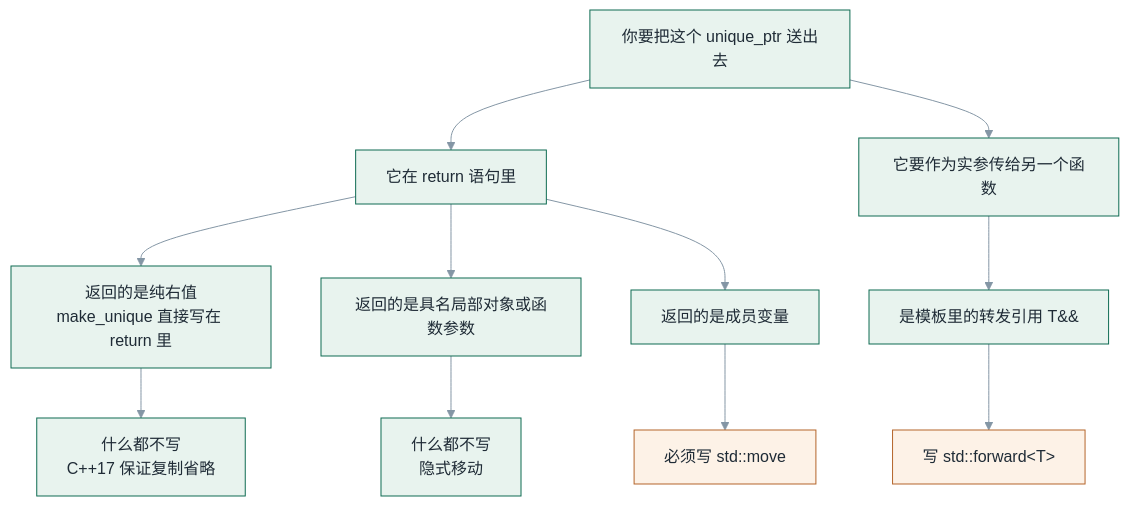
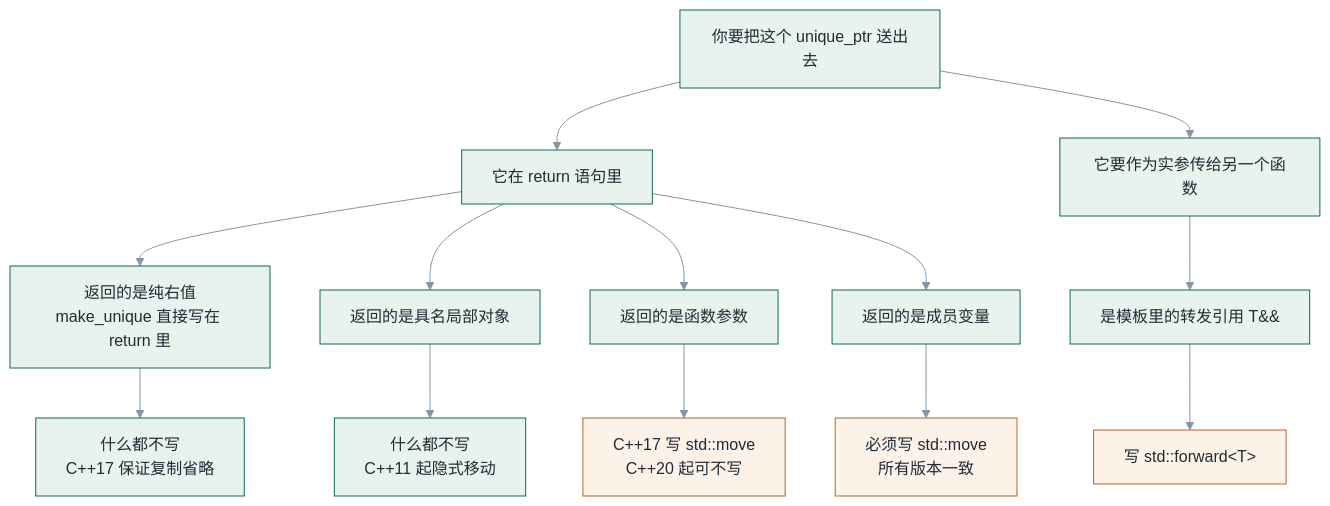
The second of 4 diagrams in factory-pattern/posts/04-C++17之后，工厂模式发生了哪些变化.md (guang-lee-cn/design-pattern), drawn with Mermaid before and after one commit. The commit also changed other lines of this file and 1 other file, not shown here.

````diff
--- a/factory-pattern/posts/04-C++17之后，工厂模式发生了哪些变化.md
+++ b/factory-pattern/posts/04-C++17之后，工厂模式发生了哪些变化.md
@@ -202,18 +229,21 @@
 ```mermaid
 %%{init: {'theme':'base','themeVariables':{'primaryColor':'#e8f3ee','primaryTextColor':'#1f2b36','primaryBorderColor':'#0e6b52','lineColor':'#8496a5','secondaryColor':'#fdf2e7','tertiaryColor':'#f4f6f8','fontFamily':'Microsoft YaHei'}}}%%
 flowchart TD
     Q["你要把这个 unique_ptr 送出去"] --> A["它在 return 语句里"]
     Q --> B["它要作为实参传给另一个函数"]
     A --> A1["返回的是纯右值<br/>make_unique 直接写在 return 里"]
-    A --> A2["返回的是具名局部对象或函数参数"]
+    A --> A2["返回的是具名局部对象"]
+    A --> A4["返回的是函数参数"]
     A --> A3["返回的是成员变量"]
     A1 --> R1["什么都不写<br/>C++17 保证复制省略"]
-    A2 --> R2["什么都不写<br/>隐式移动"]
-    A3 --> R3["必须写 std::move"]
+    A2 --> R2["什么都不写<br/>C++11 起隐式移动"]
+    A4 --> R5["C++17 写 std::move<br/>C++20 起可不写"]
+    A3 --> R3["必须写 std::move<br/>所有版本一致"]
     B --> B1["是模板里的转发引用 T&&"]
     B1 --> R4["写 std::forward&lt;T&gt;"]
     style R1 fill:#e8f3ee,stroke:#0e6b52,color:#1f2b36
     style R2 fill:#e8f3ee,stroke:#0e6b52,color:#1f2b36
+    style R5 fill:#fdf2e7,stroke:#b4652a,color:#1f2b36
     style R3 fill:#fdf2e7,stroke:#b4652a,color:#1f2b36
     style R4 fill:#fdf2e7,stroke:#b4652a,color:#1f2b36
 ```
````
